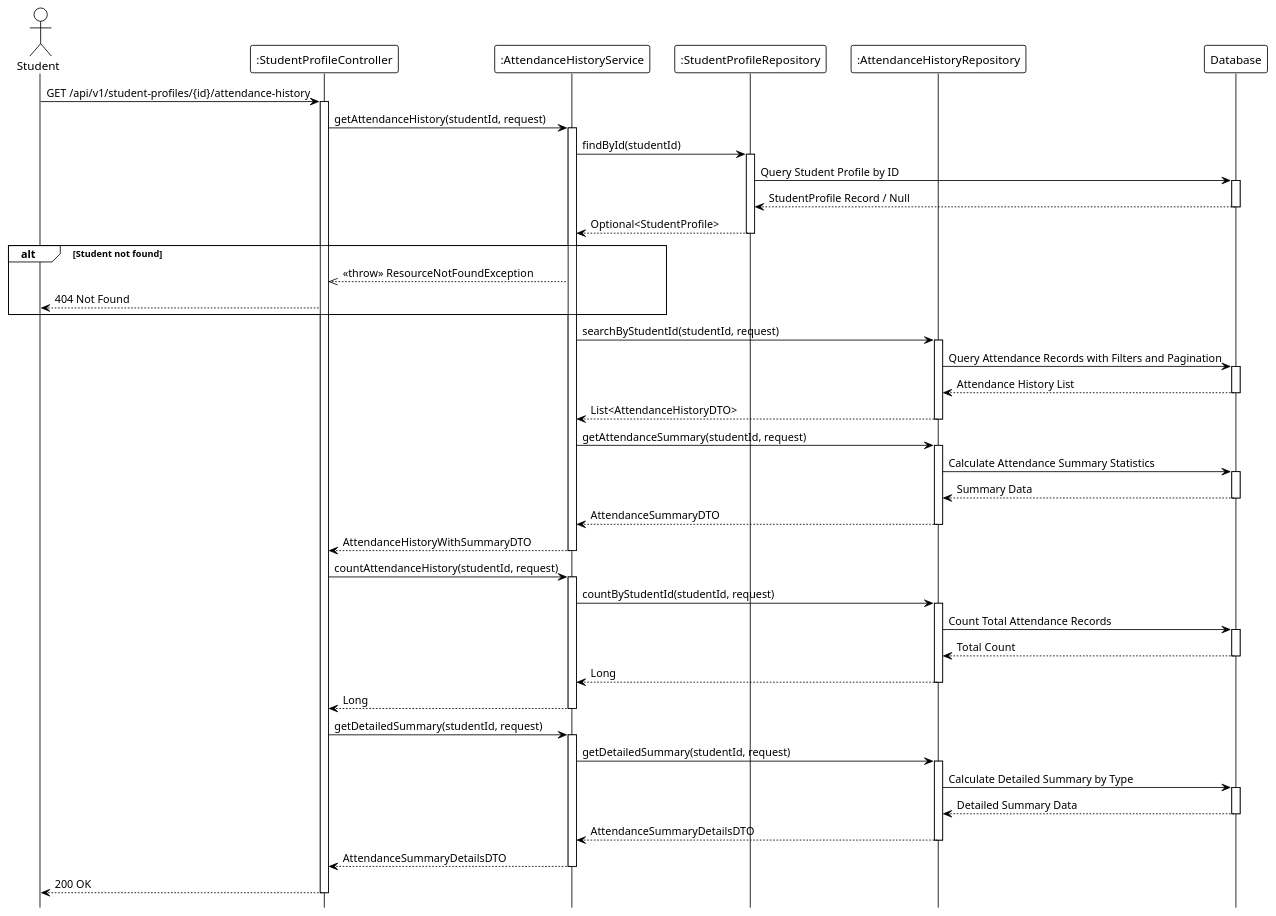
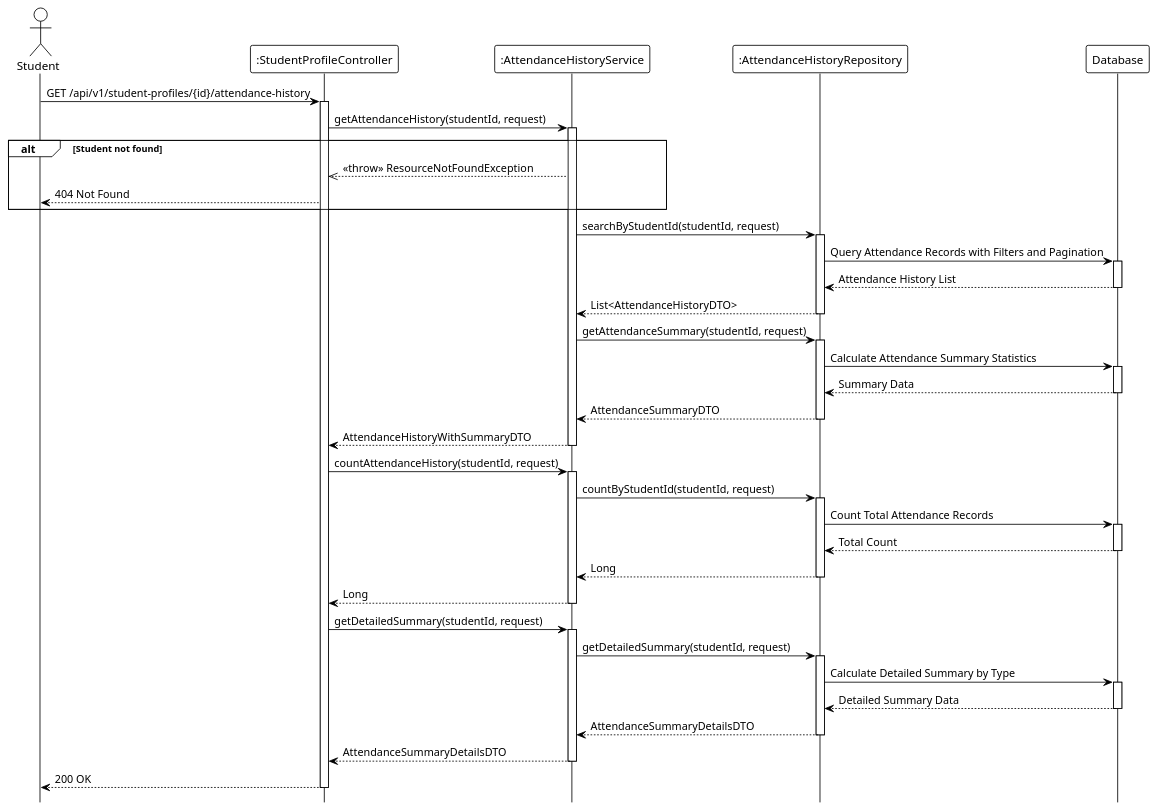
One commit to Ndh474/context changed the diagram in system_detailed_design/75_view_attendance_history/sequence_diagram_view_attendance_history.puml. Above: the diagram before and after it, drawn with PlantUML. The commit also changed 12 other files, not shown here.

```diff
--- a/system_detailed_design/75_view_attendance_history/sequence_diagram_view_attendance_history.puml
+++ b/system_detailed_design/75_view_attendance_history/sequence_diagram_view_attendance_history.puml
@@ -1,102 +1,90 @@
 @startuml view_attendance_history
 !theme plain
 hide footbox
 
 actor Student
 participant ":StudentProfileController" as Controller
 participant ":AttendanceHistoryService" as Service
-participant ":StudentProfileRepository" as StudentRepo
 participant ":AttendanceHistoryRepository" as AttendanceRepo
 participant "Database" as DB
 
 ' --- MAIN FLOW ---
 Student -> Controller: GET /api/v1/student-profiles/{id}/attendance-history
 activate Controller
 
 Controller -> Service: getAttendanceHistory(studentId, request)
 activate Service
 
-' --- VALIDATE STUDENT EXISTS ---
-Service -> StudentRepo: findById(studentId)
-activate StudentRepo
-
-StudentRepo -> DB: Query Student Profile by ID
-activate DB
-DB --> StudentRepo: StudentProfile Record / Null
-deactivate DB
-
-StudentRepo --> Service: Optional<StudentProfile>
-deactivate StudentRepo
+' Validation logic (internal: check student exists)
 
 alt Student not found
     Service -->> Controller: <<throw>> ResourceNotFoundException
     Controller --> Student: 404 Not Found
 end
 
-' --- GET ATTENDANCE HISTORY ---
 Service -> AttendanceRepo: searchByStudentId(studentId, request)
 activate AttendanceRepo
 
 AttendanceRepo -> DB: Query Attendance Records with Filters and Pagination
 activate DB
 DB --> AttendanceRepo: Attendance History List
 deactivate DB
 
 AttendanceRepo --> Service: List<AttendanceHistoryDTO>
 deactivate AttendanceRepo
 
 ' --- GET ATTENDANCE SUMMARY ---
 Service -> AttendanceRepo: getAttendanceSummary(studentId, request)
 activate AttendanceRepo
 
 AttendanceRepo -> DB: Calculate Attendance Summary Statistics
 activate DB
 DB --> AttendanceRepo: Summary Data
 deactivate DB
 
 AttendanceRepo --> Service: AttendanceSummaryDTO
 deactivate AttendanceRepo
 
 Service --> Controller: AttendanceHistoryWithSummaryDTO
 deactivate Service
 
 ' --- COUNT TOTAL RECORDS ---
 Controller -> Service: countAttendanceHistory(studentId, request)
 activate Service
 
 Service -> AttendanceRepo: countByStudentId(studentId, request)
 activate AttendanceRepo
 
 AttendanceRepo -> DB: Count Total Attendance Records
 activate DB
 DB --> AttendanceRepo: Total Count
 deactivate DB
 
 AttendanceRepo --> Service: Long
 deactivate AttendanceRepo
 
 Service --> Controller: Long
 deactivate Service
 
 ' --- GET DETAILED SUMMARY ---
 Controller -> Service: getDetailedSummary(studentId, request)
 activate Service
 
 Service -> AttendanceRepo: getDetailedSummary(studentId, request)
 activate AttendanceRepo
 
 AttendanceRepo -> DB: Calculate Detailed Summary by Type
 activate DB
 DB --> AttendanceRepo: Detailed Summary Data
 deactivate DB
 
 AttendanceRepo --> Service: AttendanceSummaryDetailsDTO
 deactivate AttendanceRepo
 
 Service --> Controller: AttendanceSummaryDetailsDTO
 deactivate Service
 
 Controller --> Student: 200 OK
 deactivate Controller
 
 @enduml
```
